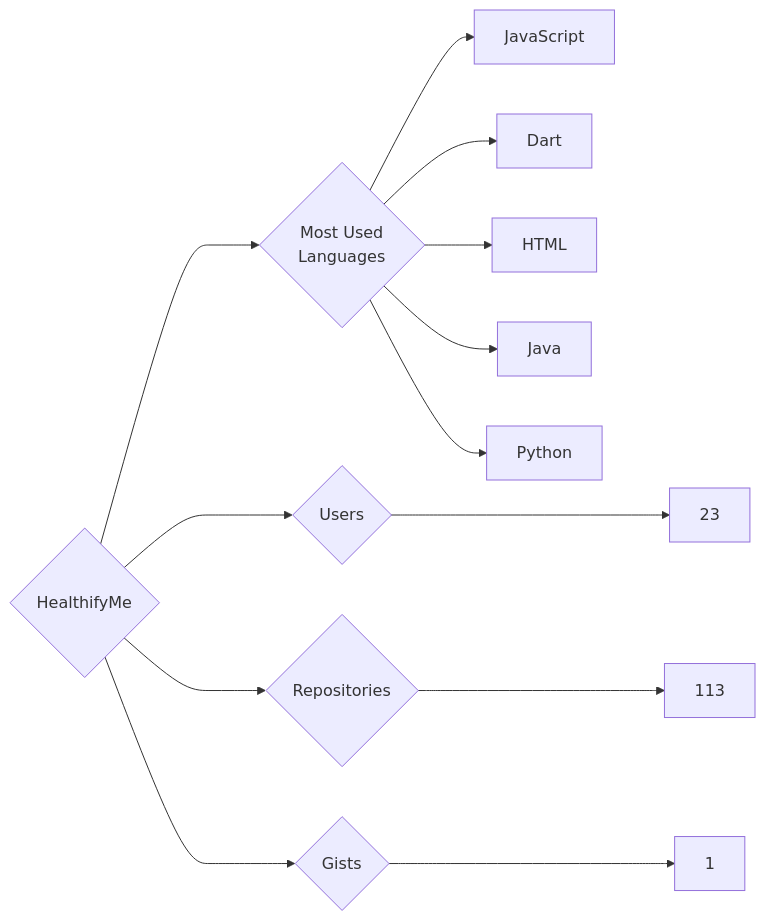
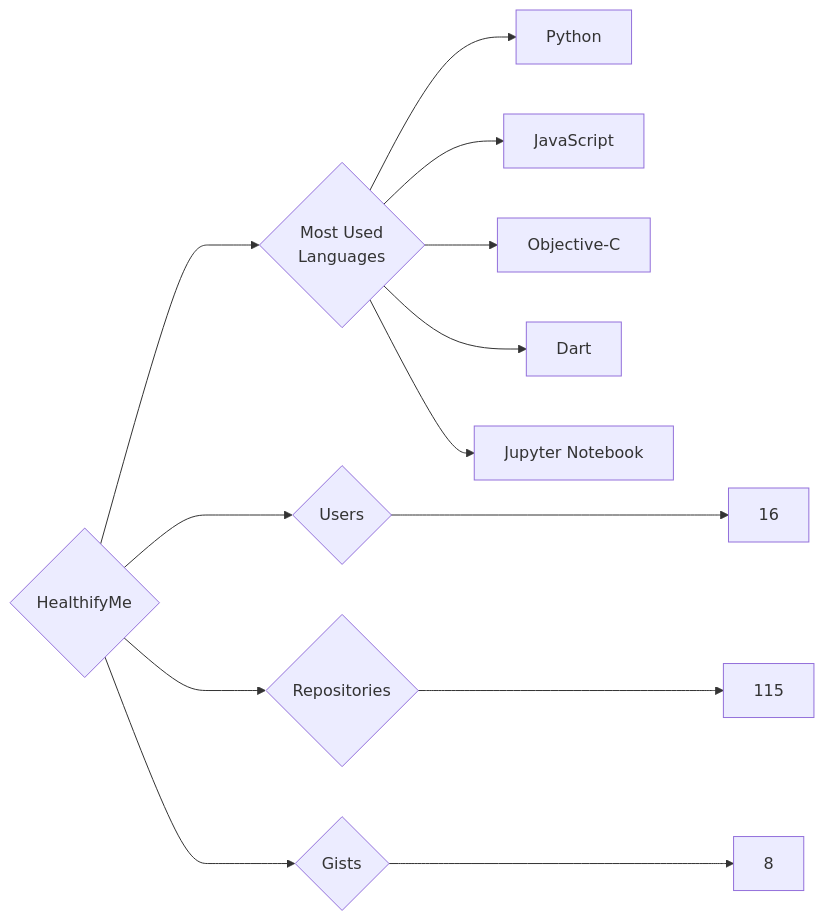
Before and after one commit to trickest/insiders: the diagram in targets/HealthifyMe/README.md, drawn with Mermaid. The commit also changed 870 other files, not shown here.

````diff
--- a/targets/HealthifyMe/README.md
+++ b/targets/HealthifyMe/README.md
@@ -3,13 +3,13 @@
 ```mermaid
 graph LR
 COMPANY_NAME{HealthifyMe}
-COMPANY_NAME ---> U{Users} ---> UN[23]
-COMPANY_NAME ---> R{Repositories} ---> RN[113]
-COMPANY_NAME ---> G{Gists} ---> GN[1]
+COMPANY_NAME ---> U{Users} ---> UN[16]
+COMPANY_NAME ---> R{Repositories} ---> RN[115]
+COMPANY_NAME ---> G{Gists} ---> GN[8]
 COMPANY_NAME ---> ML{Most Used<br>Languages}
+ML --> Python[Python]
 ML --> JavaScript[JavaScript]
+ML --> Objective-C[Objective-C]
 ML --> Dart[Dart]
-ML --> HTML[HTML]
-ML --> Java[Java]
-ML --> Python[Python]
+ML --> Jupyter_Notebook[Jupyter Notebook]
 ```
````
